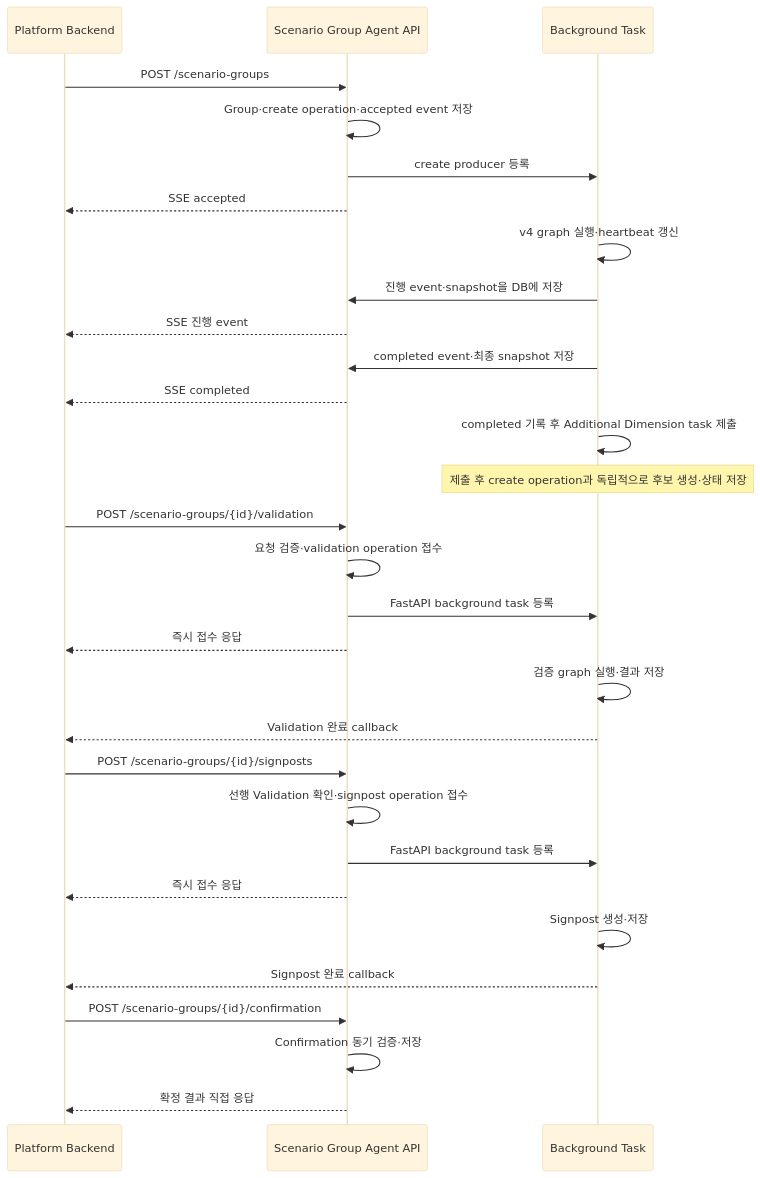
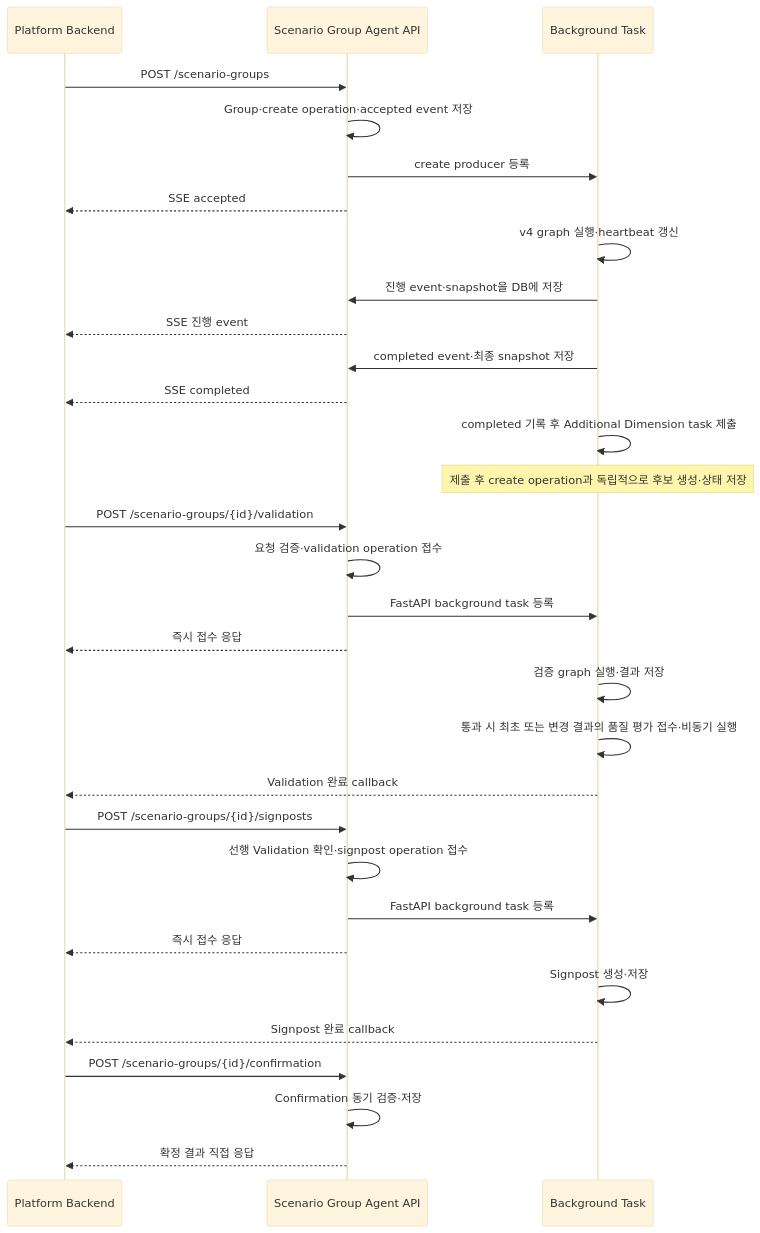
One commit to enkhbaatarL/skmip-mi-agent changed the first of 5 diagrams in docs/agents/scenario_group_agent/03_SCENARIO_GROUP_AGENT_FLOW.md. Above: the diagram before and after it, drawn with Mermaid (base theme). The commit also changed other lines of this file and 9 other files, not shown here.

````diff
--- a/docs/agents/scenario_group_agent/03_SCENARIO_GROUP_AGENT_FLOW.md
+++ b/docs/agents/scenario_group_agent/03_SCENARIO_GROUP_AGENT_FLOW.md
@@ -18,36 +18,37 @@
 ```mermaid
 sequenceDiagram
     participant PB as Platform Backend
     participant API as Scenario Group Agent API
     participant BG as Background Task
 
     PB->>API: POST /scenario-groups
     API->>API: Group·create operation·accepted event 저장
     API->>BG: create producer 등록
     API-->>PB: SSE accepted
     BG->>BG: v4 graph 실행·heartbeat 갱신
     BG->>API: 진행 event·snapshot을 DB에 저장
     API-->>PB: SSE 진행 event
     BG->>API: completed event·최종 snapshot 저장
     API-->>PB: SSE completed
     BG->>BG: completed 기록 후 Additional Dimension task 제출
     Note over BG: 제출 후 create operation과 독립적으로 후보 생성·상태 저장
 
     PB->>API: POST /scenario-groups/{id}/validation
     API->>API: 요청 검증·validation operation 접수
     API->>BG: FastAPI background task 등록
     API-->>PB: 즉시 접수 응답
     BG->>BG: 검증 graph 실행·결과 저장
+    BG->>BG: 통과 시 최초 또는 변경 결과의 품질 평가 접수·비동기 실행
     BG-->>PB: Validation 완료 callback
 
     PB->>API: POST /scenario-groups/{id}/signposts
     API->>API: 선행 Validation 확인·signpost operation 접수
     API->>BG: FastAPI background task 등록
     API-->>PB: 즉시 접수 응답
     BG->>BG: Signpost 생성·저장
     BG-->>PB: Signpost 완료 callback
 
     PB->>API: POST /scenario-groups/{id}/confirmation
     API->>API: Confirmation 동기 검증·저장
     API-->>PB: 확정 결과 직접 응답
 ```
````
